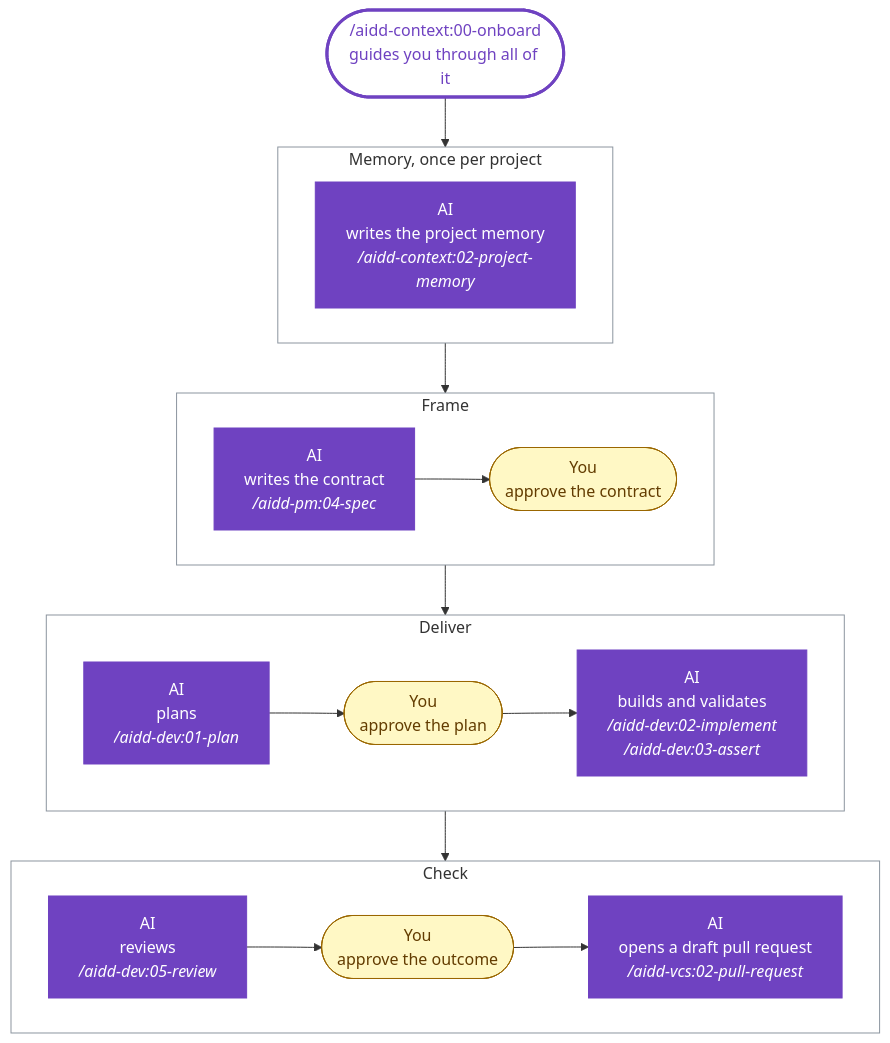
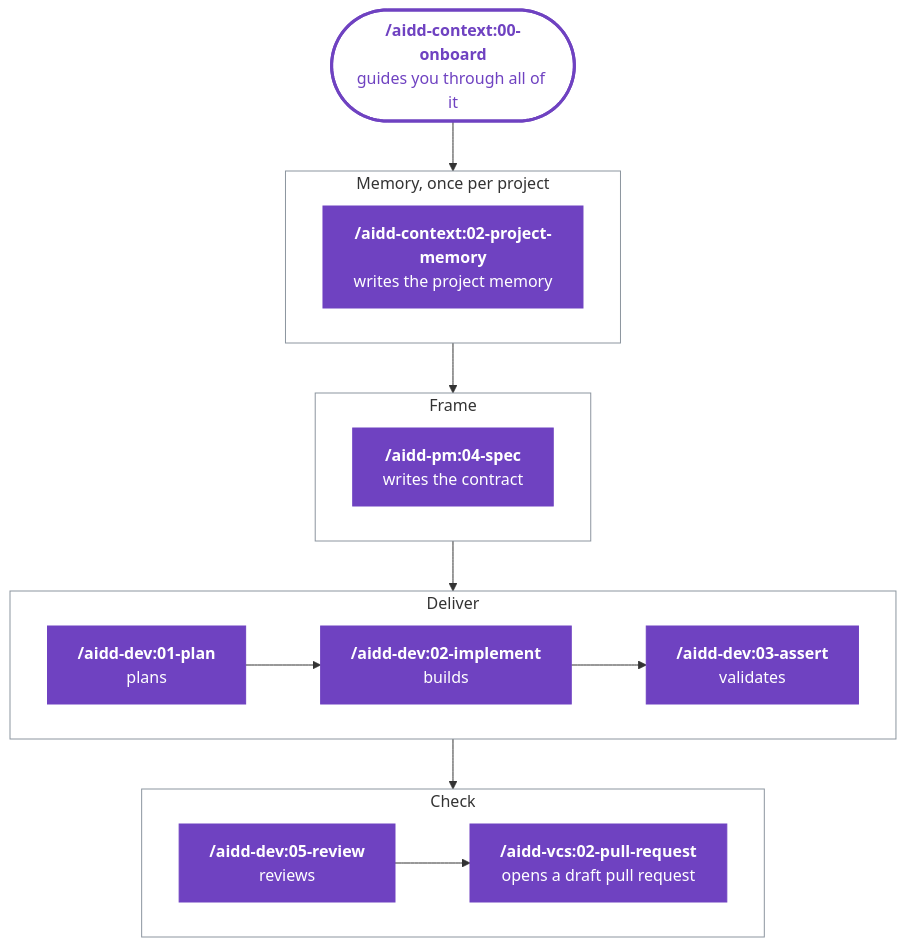
Before and after one commit to ai-driven-dev/framework: the diagram in README.md, drawn with Mermaid. The commit also changed other lines of this file and 10 other files, not shown here.

First line of the commit message:
docs: per-plugin agents and hooks, SDLC-first guides, flow-only overview, leaner governance

````diff
--- a/README.md
+++ b/README.md
@@ -109,31 +109,28 @@
 ```mermaid
 flowchart TD
-  start(["/aidd-context:00-onboard<br/>guides you through all of it"])
+  start(["<b>/aidd-context:00-onboard</b><br/>guides you through all of it"])
   subgraph memory["Memory, once per project"]
-    projectMemory["AI<br/>writes the project memory<br/><i>/aidd-context:02-project-memory</i>"]
+    projectMemory["<b>/aidd-context:02-project-memory</b><br/>writes the project memory"]
   end
   subgraph frame["Frame"]
-    direction LR
-    writeContract["AI<br/>writes the contract<br/><i>/aidd-pm:04-spec</i>"] --> approveContract(["You<br/>approve the contract"])
+    writeContract["<b>/aidd-pm:04-spec</b><br/>writes the contract"]
   end
   subgraph deliver["Deliver"]
     direction LR
-    plan["AI<br/>plans<br/><i>/aidd-dev:01-plan</i>"] --> approvePlan(["You<br/>approve the plan"]) --> build["AI<br/>builds and validates<br/><i>/aidd-dev:02-implement<br/>/aidd-dev:03-assert</i>"]
+    plan["<b>/aidd-dev:01-plan</b><br/>plans"] --> build["<b>/aidd-dev:02-implement</b><br/>builds"] --> assert["<b>/aidd-dev:03-assert</b><br/>validates"]
   end
   subgraph check["Check"]
     direction LR
-    review["AI<br/>reviews<br/><i>/aidd-dev:05-review</i>"] --> approveOutcome(["You<br/>approve the outcome"]) --> pr["AI<br/>opens a draft pull request<br/><i>/aidd-vcs:02-pull-request</i>"]
+    review["<b>/aidd-dev:05-review</b><br/>reviews"] --> pr["<b>/aidd-vcs:02-pull-request</b><br/>opens a draft pull request"]
   end
   start --> memory --> frame --> deliver --> check
 
-  classDef ai fill:#6f42c1,stroke:#6f42c1,color:#fff
-  classDef you fill:#fff8c5,stroke:#9a6700,color:#633c01
+  classDef skill fill:#6f42c1,stroke:#6f42c1,color:#fff
   classDef entry fill:#fff,stroke:#6f42c1,stroke-width:3px,color:#6f42c1
-  class projectMemory,writeContract,plan,build,review,pr ai
-  class approveContract,approvePlan,approveOutcome you
+  class projectMemory,writeContract,plan,build,assert,review,pr skill
   class start entry
   style memory fill:none,stroke:#8c959f
   style frame fill:none,stroke:#8c959f
   style deliver fill:none,stroke:#8c959f
   style check fill:none,stroke:#8c959f
 ```
````
